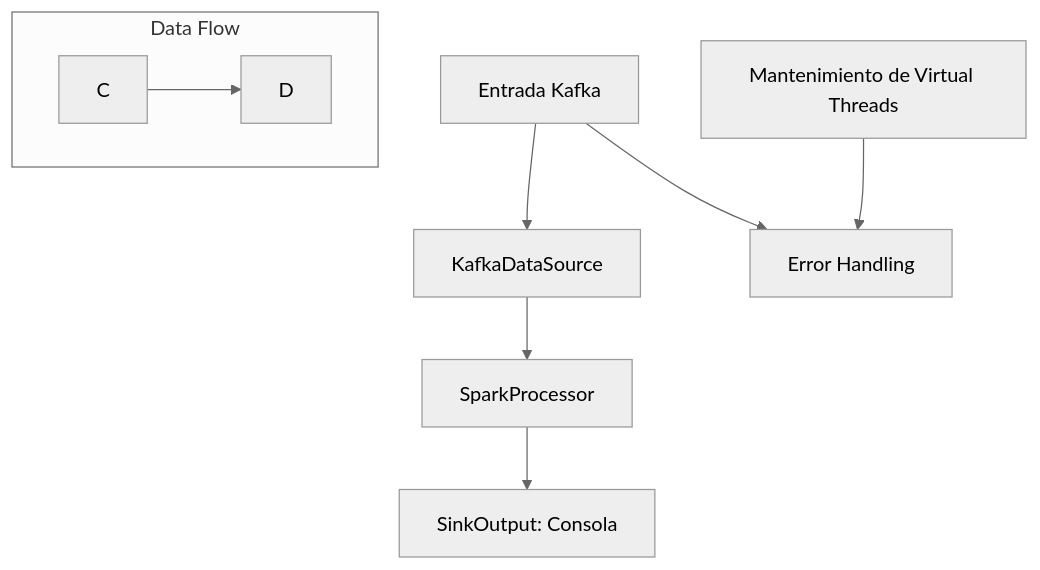
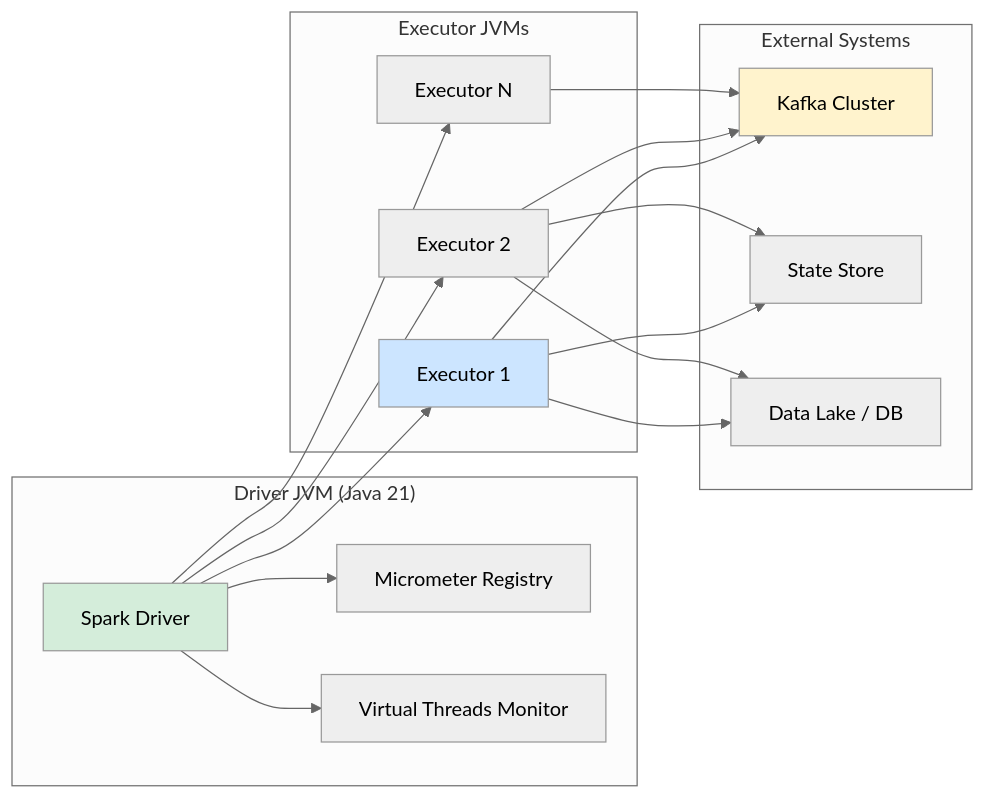
The second of 3 diagrams in _Review/data_pipelines_end_to_end_con_spark_y_kafka/data_pipelines_end_to_end_con_spark_y_kafka.md (Joaquinriosheredia/DAM-Java-Mastery), drawn with Mermaid (neutral theme) before and after one commit. The commit also changed other lines of this file, not shown here.

Commit message:
data_pipelines_end_to_end_con_spark_y_kafka.md

````diff
--- a/_Review/data_pipelines_end_to_end_con_spark_y_kafka/data_pipelines_end_to_end_con_spark_y_kafka.md
+++ b/_Review/data_pipelines_end_to_end_con_spark_y_kafka/data_pipelines_end_to_end_con_spark_y_kafka.md
@@ -288,15 +149,40 @@
 ```mermaid
-graph TD
-    A[Entrada Kafka] --> B[KafkaDataSource]
-    B --> C[SparkProcessor]
-    C --> D[SinkOutput: Consola]
-    E[Error Handling]
-    F[Mantenimiento de Virtual Threads]
-
-    subgraph "Data Flow"
-        C1[C] --> C2[D]
+graph LR
+    subgraph "Driver JVM (Java 21)"
+        DRIVER[Spark Driver]
+        METRICS[Micrometer Registry]
+        VT[Virtual Threads Monitor]
     end
-
-    A --> E
-    F --> E
+    
+    subgraph "Executor JVMs"
+        EXEC1[Executor 1]
+        EXEC2[Executor 2]
+        EXECN[Executor N]
+    end
+    
+    subgraph "External Systems"
+        KAFKA[Kafka Cluster]
+        STATE[State Store]
+        SINK[Data Lake / DB]
+    end
+    
+    DRIVER --> METRICS
+    DRIVER --> VT
+    DRIVER --> EXEC1
+    DRIVER --> EXEC2
+    DRIVER --> EXECN
+    
+    EXEC1 --> KAFKA
+    EXEC2 --> KAFKA
+    EXECN --> KAFKA
+    
+    EXEC1 --> STATE
+    EXEC2 --> STATE
+    
+    EXEC1 --> SINK
+    EXEC2 --> SINK
+    
+    style DRIVER fill:#d4edda
+    style EXEC1 fill:#cce5ff
+    style KAFKA fill:#fff3cd
 ```
````
